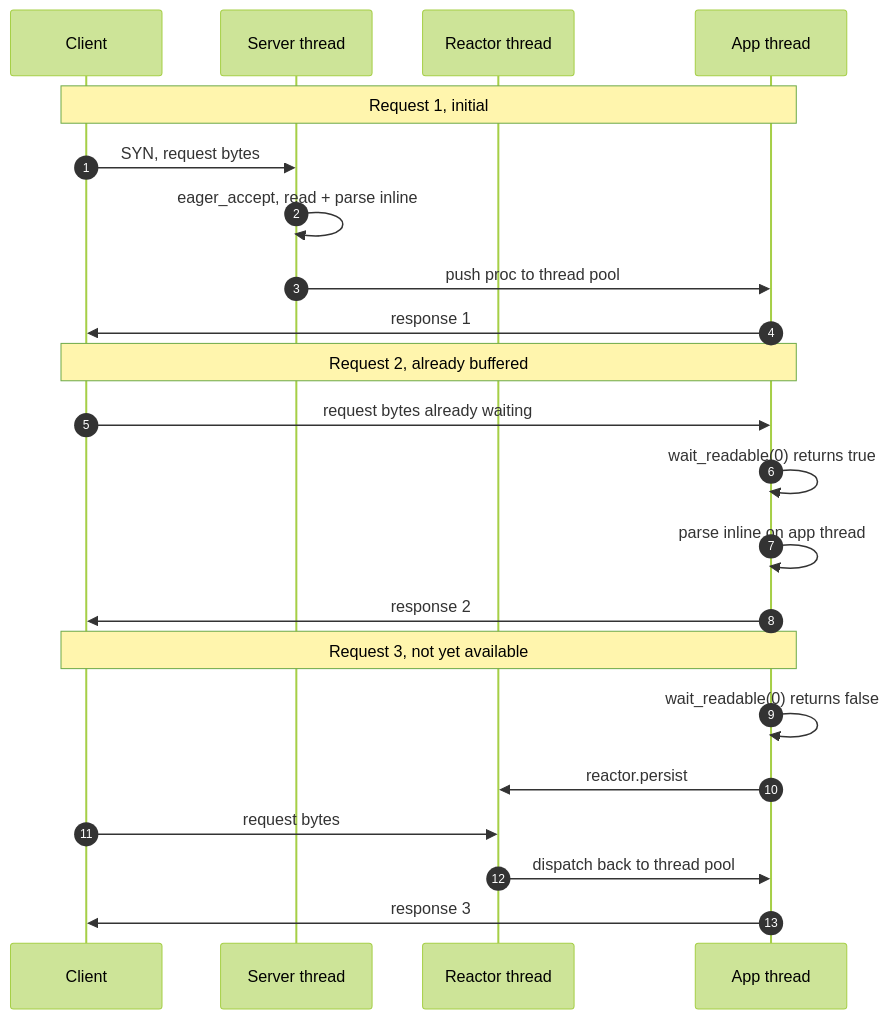
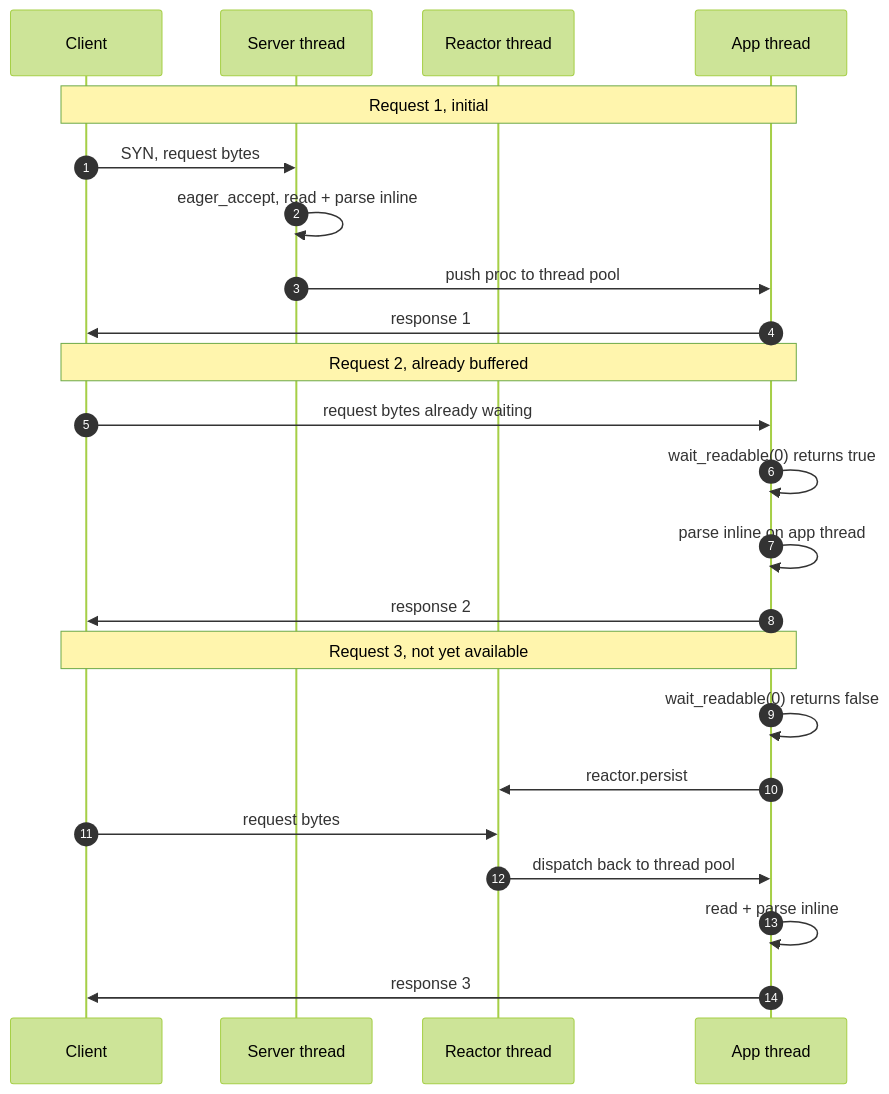
The fourth of 4 diagrams in docs/raptor-vs-puma.md (joshuay03/raptor), drawn with Mermaid (forest theme) before and after one commit. The commit also changed other lines of this file, not shown here.

````diff
--- a/docs/raptor-vs-puma.md
+++ b/docs/raptor-vs-puma.md
@@ -549,27 +552,28 @@
 ```mermaid
 sequenceDiagram
     autonumber
     participant Client
     participant RS as Server thread
     participant RR as Reactor thread
     participant RP as App thread
 
     Note over Client,RP: Request 1, initial
     Client->>RS: SYN, request bytes
     RS->>RS: eager_accept, read + parse inline
     RS->>RP: push proc to thread pool
     RP->>Client: response 1
 
     Note over Client,RP: Request 2, already buffered
     Client->>RP: request bytes already waiting
     RP->>RP: wait_readable(0) returns true
     RP->>RP: parse inline on app thread
     RP->>Client: response 2
 
     Note over Client,RP: Request 3, not yet available
     RP->>RP: wait_readable(0) returns false
     RP->>RR: reactor.persist
     Client->>RR: request bytes
     RR->>RP: dispatch back to thread pool
+    RP->>RP: read + parse inline
     RP->>Client: response 3
 ```
````
